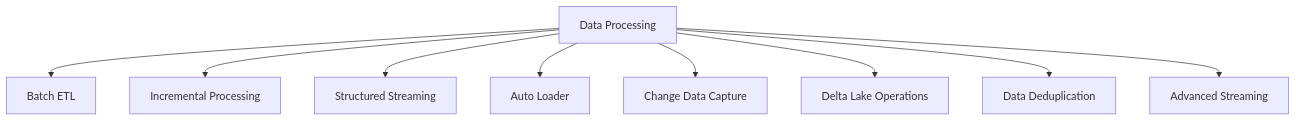
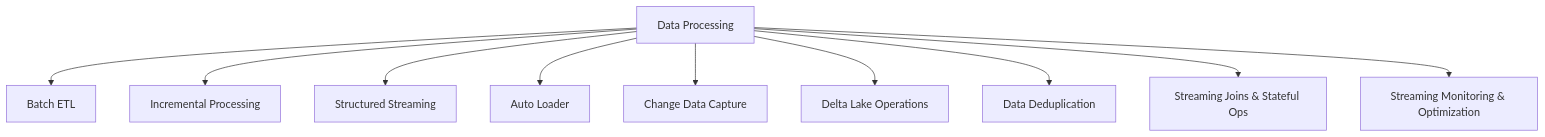
One commit to kengio/databricks-certification-study-guide changed the diagram in certifications/data-engineer-professional/01-data-processing/README.md. Above: the diagram before and after it, drawn with Mermaid. The commit also changed other lines of this file and 17 other files, not shown here.

````diff
--- a/certifications/data-engineer-professional/01-data-processing/README.md
+++ b/certifications/data-engineer-professional/01-data-processing/README.md
@@ -17,11 +17,12 @@
 ```mermaid
 flowchart TD
     DP[Data Processing] --> Batch[Batch ETL]
     DP --> Inc[Incremental Processing]
     DP --> Stream[Structured Streaming]
     DP --> AL[Auto Loader]
     DP --> CDC[Change Data Capture]
     DP --> DL[Delta Lake Operations]
     DP --> Dedup[Data Deduplication]
-    DP --> Adv[Advanced Streaming]
+    DP --> Adv[Streaming Joins & Stateful Ops]
+    DP --> Mon[Streaming Monitoring & Optimization]
 ```
````
